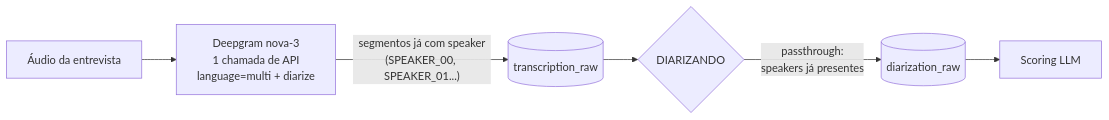
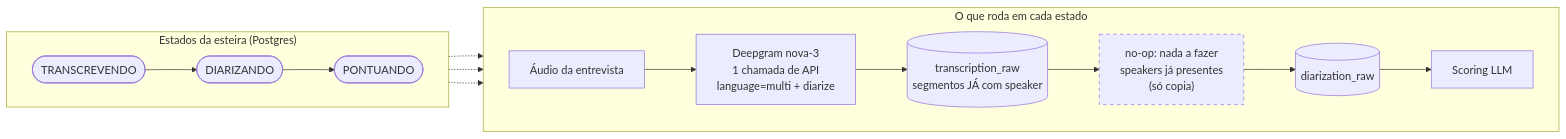
The second of 3 diagrams in README.md (luccapinto/scorecard-pipeline), drawn with Mermaid before and after one commit. The commit also changed other lines of this file and 2 other files, not shown here.

First line of the commit message:
docs: separate pipeline states from work in the dual-architecture diagrams (#22)

````diff
--- a/README.md
+++ b/README.md
@@ -101,8 +110,22 @@
 ```mermaid
 flowchart LR
-    Audio[Áudio da entrevista] --> DG[Deepgram nova-3<br/>1 chamada de API<br/>language=multi + diarize]
-    DG -->|"segmentos já com speaker<br/>(SPEAKER_00, SPEAKER_01...)"| TR[(transcription_raw)]
-    TR --> PT{DIARIZANDO}
-    PT -->|"passthrough:<br/>speakers já presentes"| DR[(diarization_raw)]
-    DR --> Scoring[Scoring LLM]
+    subgraph estados ["Estados da esteira (Postgres)"]
+        direction LR
+        S1([TRANSCREVENDO]) --> S2([DIARIZANDO]) --> S3([PONTUANDO])
+    end
+
+    subgraph trabalho ["O que roda em cada estado"]
+        direction LR
+        Audio[Áudio da entrevista] --> DG["Deepgram nova-3<br/>1 chamada de API<br/>language=multi + diarize"]
+        DG --> TR[("transcription_raw<br/>segmentos JÁ com speaker")]
+        TR --> NOOP["no-op: nada a fazer<br/>speakers já presentes<br/>(só copia)"]
+        NOOP --> DR[("diarization_raw")]
+        DR --> Scoring["Scoring LLM"]
+    end
+
+    S1 -.-> DG
+    S2 -.-> NOOP
+    S3 -.-> Scoring
+
+    style NOOP stroke-dasharray: 5 5
 ```
````
